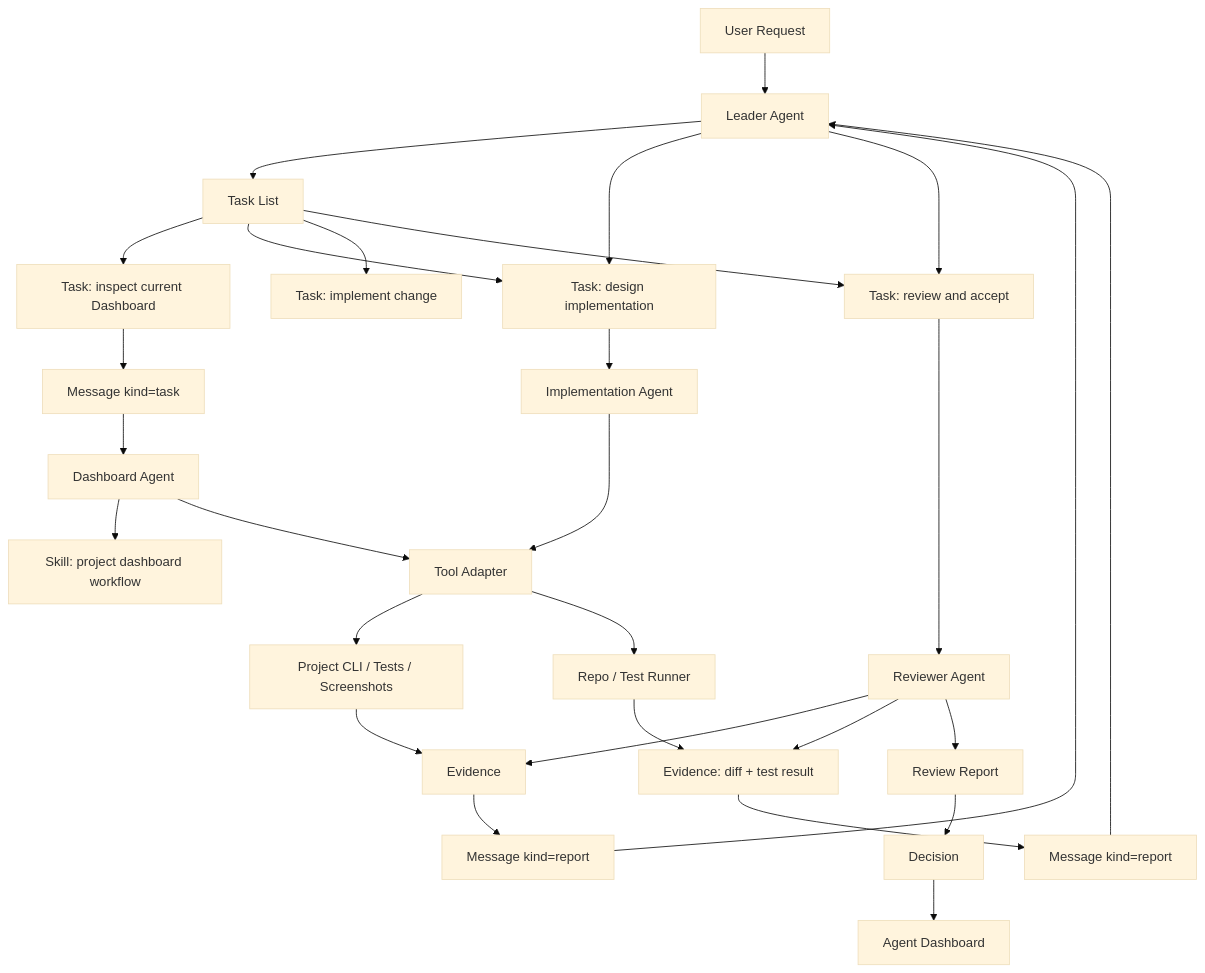
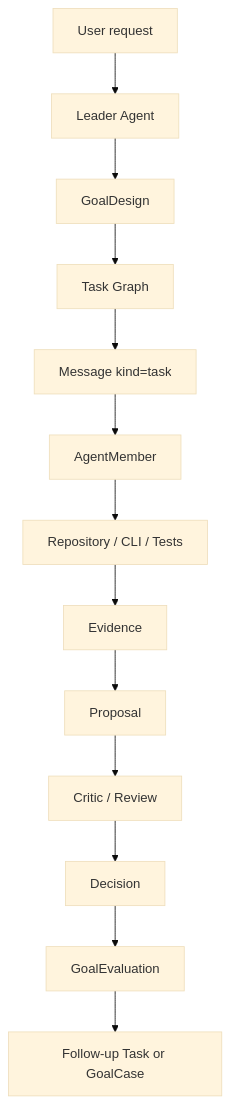
The first of 3 diagrams in docs/prd.md (cyl19970726/multi-agent-harness), drawn with Mermaid (base theme) before and after one commit. The commit also changed other lines of this file and 31 other files, not shown here.

````diff
--- a/docs/prd.md
+++ b/docs/prd.md
@@ -346,34 +93,15 @@
 ```mermaid
 flowchart TD
-  U[User Request] --> L[Leader Agent]
-  L --> TL[Task List]
-  TL --> T1[Task: inspect current Dashboard]
-  TL --> T2[Task: design implementation]
-  TL --> T3[Task: implement change]
-  TL --> T4[Task: review and accept]
-
-  T1 --> M1[Message kind=task]
-  M1 --> A1[Dashboard Agent]
-  A1 --> SK1[Skill: project dashboard workflow]
-  A1 --> TA[Tool Adapter]
-  TA --> PCLI[Project CLI / Tests / Screenshots]
-  PCLI --> E1[Evidence]
-  E1 --> R1[Message kind=report]
-
-  R1 --> L
-  L --> T2
-  T2 --> A2[Implementation Agent]
-  A2 --> TA
-  TA --> CODE[Repo / Test Runner]
-  CODE --> E2[Evidence: diff + test result]
-  E2 --> R2[Message kind=report]
-
-  R2 --> L
-  L --> T4
-  T4 --> A3[Reviewer Agent]
-  A3 --> E1
-  A3 --> E2
-  A3 --> R3[Review Report]
-  R3 --> D[Decision]
-  D --> AD[Agent Dashboard]
+  U[User request] --> L[Leader Agent]
+  L --> GD[GoalDesign]
+  GD --> TG[Task Graph]
+  TG --> M[Message kind=task]
+  M --> A[AgentMember]
+  A --> Repo[Repository / CLI / Tests]
+  Repo --> E[Evidence]
+  E --> P[Proposal]
+  P --> R[Critic / Review]
+  R --> D[Decision]
+  D --> GE[GoalEvaluation]
+  GE --> F[Follow-up Task or GoalCase]
 ```
````
